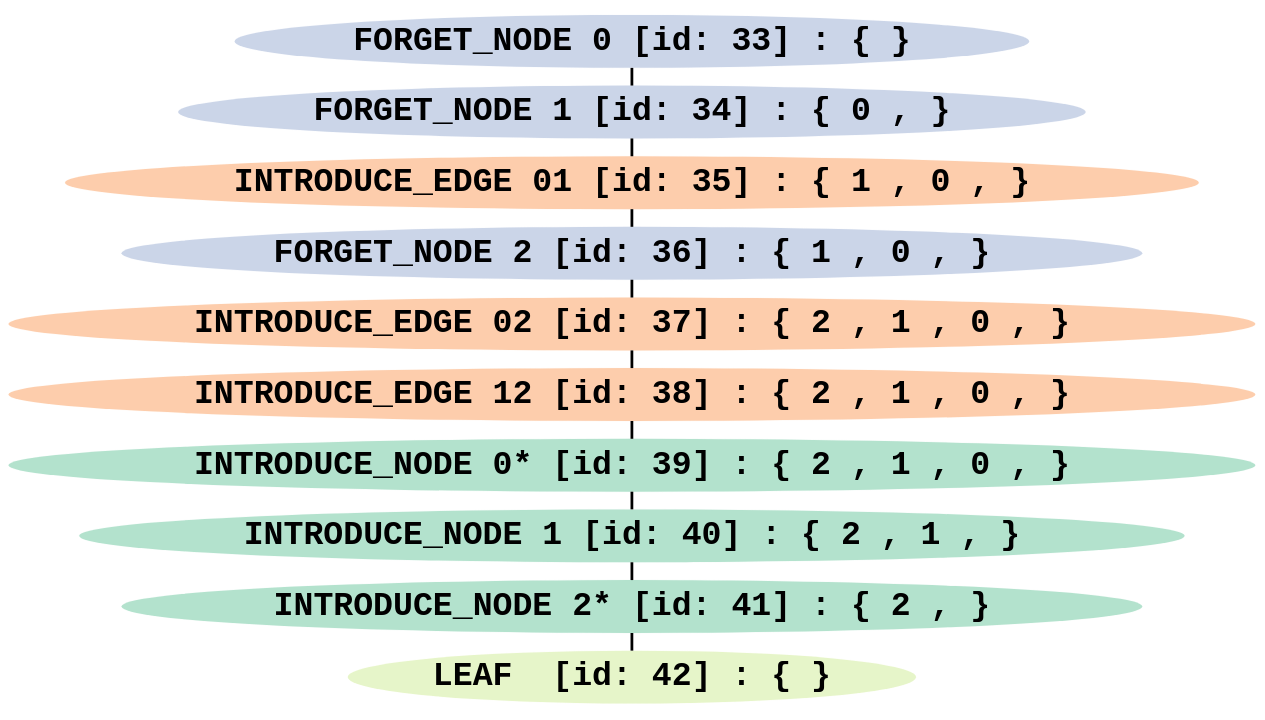
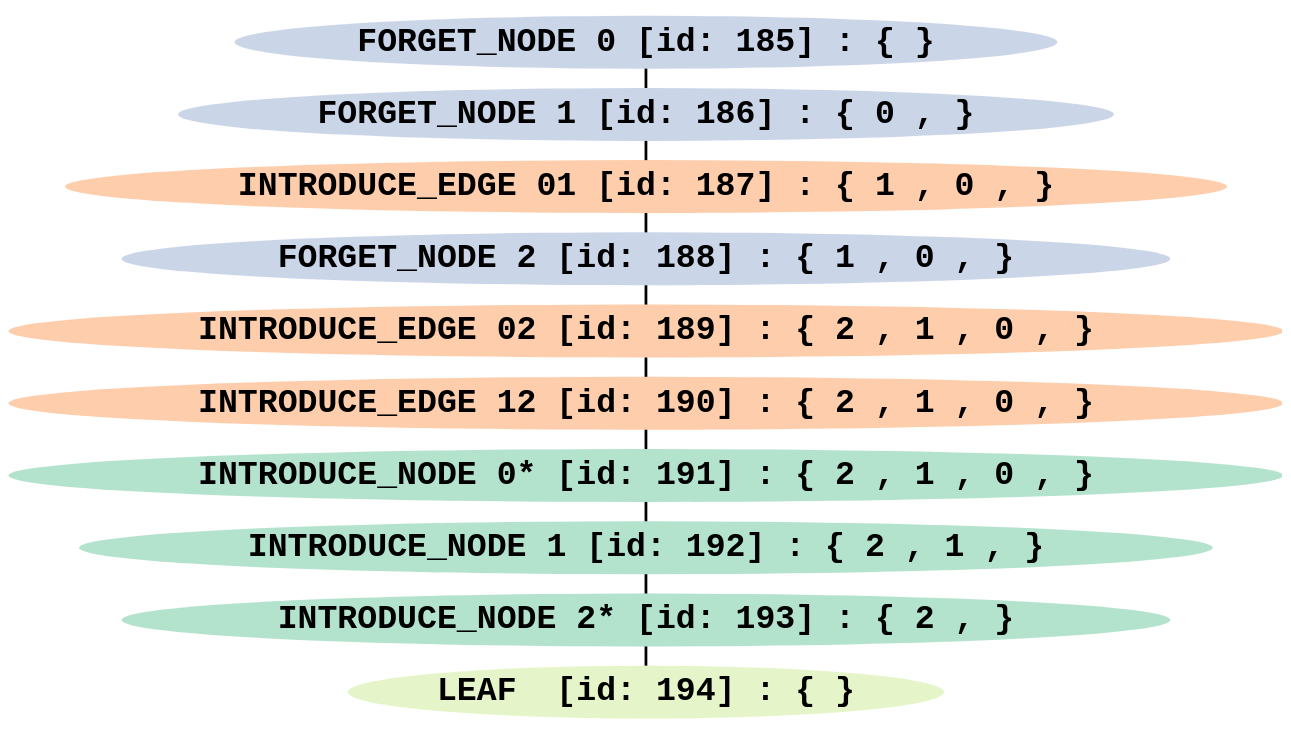
The diagram in example.dot (polapl/Cut-and-Count), drawn with Graphviz before and after one commit. The commit also changed 8 other files, not shown here.

```diff
--- a/example.dot
+++ b/example.dot
@@ -1,25 +1,25 @@
 graph G {
 ratio = fill;
 size = "16, 9";
 node [fontsize = 300, fontname="Courier-Bold", colorscheme="pastel25"];
 edge [penwidth = 25, layer="background", arrowhead=vee, arrowsize=25.0];
-33 [label= "FORGET_NODE 0 [id: 33] : { }", color=3, style=filled]
-34 [label= "FORGET_NODE 1 [id: 34] : { 0 , }", color=3, style=filled]
-33 -- 34;
-35 [label= "INTRODUCE_EDGE 01 [id: 35] : { 1 , 0 , }", color=2, style=filled]
-34 -- 35;
-36 [label= "FORGET_NODE 2 [id: 36] : { 1 , 0 , }", color=3, style=filled]
-35 -- 36;
-37 [label= "INTRODUCE_EDGE 02 [id: 37] : { 2 , 1 , 0 , }", color=2, style=filled]
-36 -- 37;
-38 [label= "INTRODUCE_EDGE 12 [id: 38] : { 2 , 1 , 0 , }", color=2, style=filled]
-37 -- 38;
-39 [label= "INTRODUCE_NODE 0* [id: 39] : { 2 , 1 , 0 , }", color=1, style=filled]
-38 -- 39;
-40 [label= "INTRODUCE_NODE 1 [id: 40] : { 2 , 1 , }", color=1, style=filled]
-39 -- 40;
-41 [label= "INTRODUCE_NODE 2* [id: 41] : { 2 , }", color=1, style=filled]
-40 -- 41;
-42 [label= "LEAF  [id: 42] : { }", color=5, style=filled]
-41 -- 42;
+185 [label= "FORGET_NODE 0 [id: 185] : { }", color=3, style=filled]
+186 [label= "FORGET_NODE 1 [id: 186] : { 0 , }", color=3, style=filled]
+185 -- 186;
+187 [label= "INTRODUCE_EDGE 01 [id: 187] : { 1 , 0 , }", color=2, style=filled]
+186 -- 187;
+188 [label= "FORGET_NODE 2 [id: 188] : { 1 , 0 , }", color=3, style=filled]
+187 -- 188;
+189 [label= "INTRODUCE_EDGE 02 [id: 189] : { 2 , 1 , 0 , }", color=2, style=filled]
+188 -- 189;
+190 [label= "INTRODUCE_EDGE 12 [id: 190] : { 2 , 1 , 0 , }", color=2, style=filled]
+189 -- 190;
+191 [label= "INTRODUCE_NODE 0* [id: 191] : { 2 , 1 , 0 , }", color=1, style=filled]
+190 -- 191;
+192 [label= "INTRODUCE_NODE 1 [id: 192] : { 2 , 1 , }", color=1, style=filled]
+191 -- 192;
+193 [label= "INTRODUCE_NODE 2* [id: 193] : { 2 , }", color=1, style=filled]
+192 -- 193;
+194 [label= "LEAF  [id: 194] : { }", color=5, style=filled]
+193 -- 194;
 }
```
